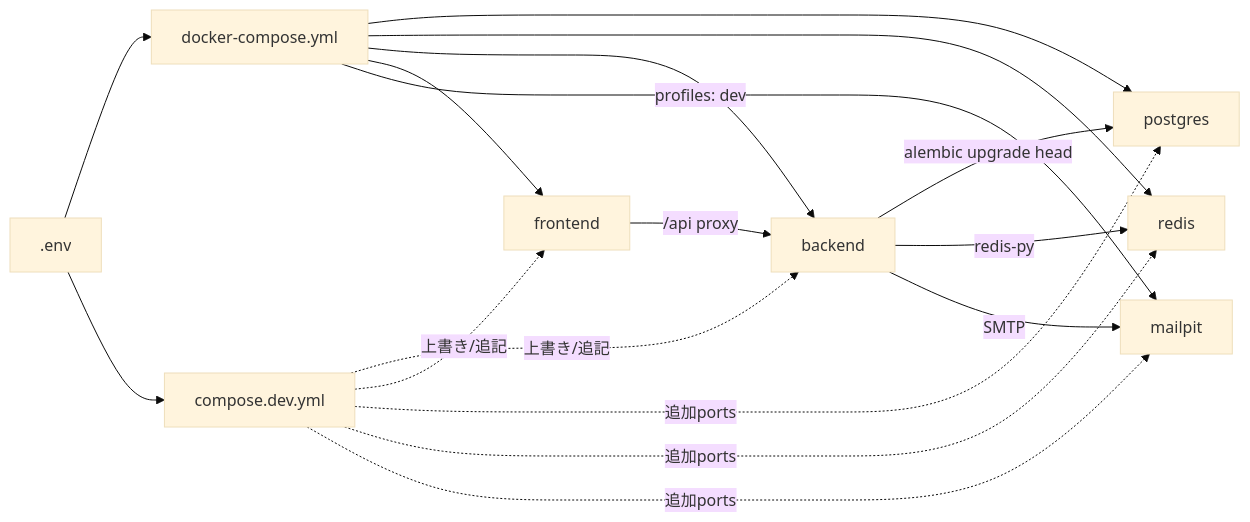
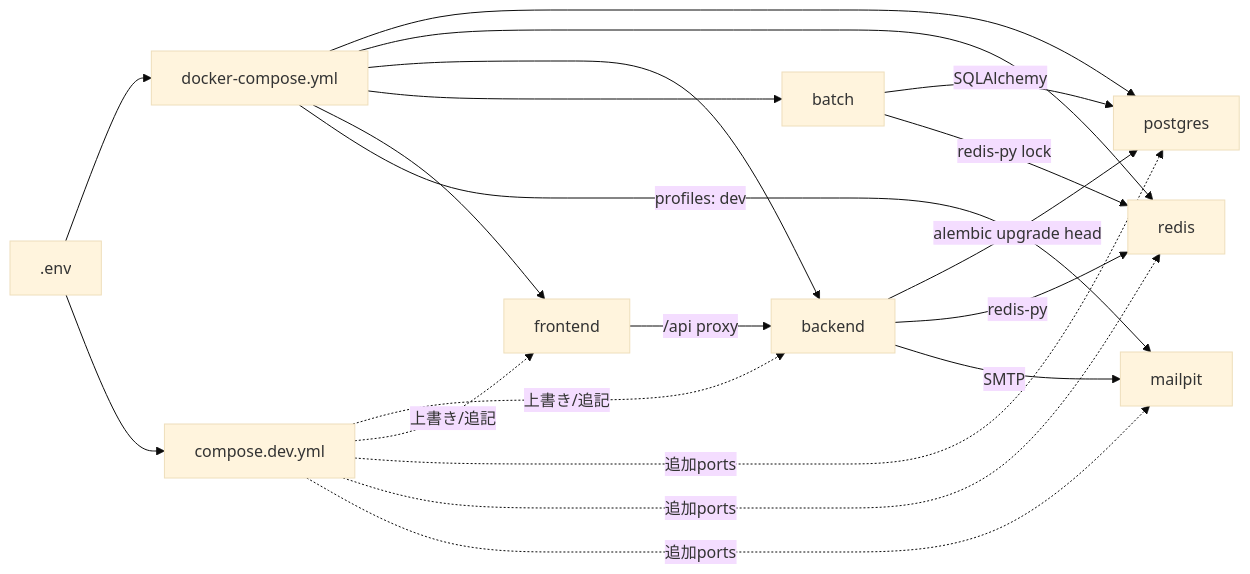
One commit to oikawa-d/task_management changed the fifth of 5 diagrams in detailed_design/infra/01_docker_compose.md. Above: the diagram before and after it, drawn with Mermaid (base theme). The commit also changed other lines of this file and 31 other files, not shown here.

````diff
--- a/detailed_design/infra/01_docker_compose.md
+++ b/detailed_design/infra/01_docker_compose.md
@@ -182,19 +193,22 @@
 ```mermaid
 flowchart LR
     ENV[".env"] --> COMPOSE["docker-compose.yml"]
     ENV --> DEVOVERLAY["compose.dev.yml"]
     COMPOSE --> PG["postgres"]
     COMPOSE --> RD["redis"]
     COMPOSE --> BE["backend"]
+    COMPOSE --> BA["batch"]
     COMPOSE --> FE["frontend"]
     COMPOSE -->|"profiles: dev"| MP["mailpit"]
     DEVOVERLAY -.->|"上書き/追記"| BE
     DEVOVERLAY -.->|"上書き/追記"| FE
     DEVOVERLAY -.->|"追加ports"| PG
     DEVOVERLAY -.->|"追加ports"| RD
     DEVOVERLAY -.->|"追加ports"| MP
     BE -->|"alembic upgrade head"| PG
     BE -->|"redis-py"| RD
     BE -->|"SMTP"| MP
+    BA -->|"SQLAlchemy"| PG
+    BA -->|"redis-py lock"| RD
     FE -->|"/api proxy"| BE
 ```
````
